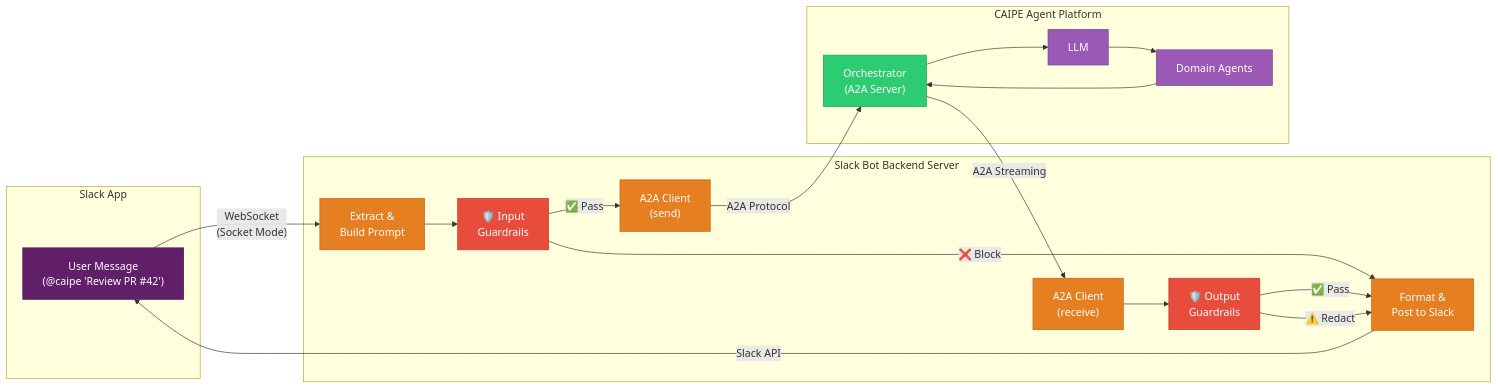
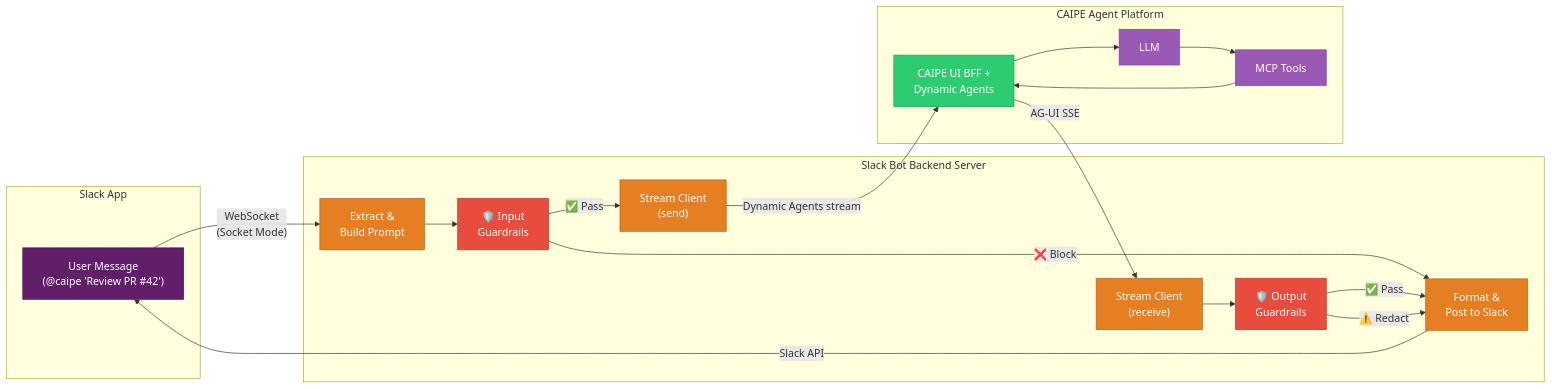
One commit to cnoe-io/ai-platform-engineering changed the first of 8 diagrams in docs/docs/architecture/slack-io-guardrails.md. Above: the diagram before and after it, drawn with Mermaid. The commit also changed other lines of this file and 252 other files, not shown here.

````diff
--- a/docs/docs/architecture/slack-io-guardrails.md
+++ b/docs/docs/architecture/slack-io-guardrails.md
@@ -11,46 +11,46 @@
 ```mermaid
 graph LR
     subgraph SLACK["Slack App"]
         USER["User Message<br/>(@caipe 'Review PR #42')"]
     end
 
     subgraph BOT["Slack Bot Backend Server"]
         EXTRACT["Extract &<br/>Build Prompt"]
         IG["🛡️ Input<br/>Guardrails"]
-        A2A_OUT["A2A Client<br/>(send)"]
-        A2A_IN["A2A Client<br/>(receive)"]
+        STREAM_OUT["Stream Client<br/>(send)"]
+        STREAM_IN["Stream Client<br/>(receive)"]
         OG["🛡️ Output<br/>Guardrails"]
         FORMAT["Format &<br/>Post to Slack"]
     end
 
     subgraph CAIPE["CAIPE Agent Platform"]
-        ORCH["Orchestrator<br/>(A2A Server)"]
+        ORCH["CAIPE UI BFF +<br/>Dynamic Agents"]
         LLM["LLM"]
-        AGENTS["Domain Agents"]
+        AGENTS["MCP Tools"]
     end
 
     USER -->|"WebSocket<br/>(Socket Mode)"| EXTRACT
     EXTRACT --> IG
-    IG -->|"✅ Pass"| A2A_OUT
+    IG -->|"✅ Pass"| STREAM_OUT
     IG -->|"❌ Block"| FORMAT
-    A2A_OUT -->|"A2A Protocol"| ORCH
+    STREAM_OUT -->|"Dynamic Agents stream"| ORCH
     ORCH --> LLM
     LLM --> AGENTS
     AGENTS --> ORCH
-    ORCH -->|"A2A Streaming"| A2A_IN
-    A2A_IN --> OG
+    ORCH -->|"AG-UI SSE"| STREAM_IN
+    STREAM_IN --> OG
     OG -->|"✅ Pass"| FORMAT
     OG -->|"⚠️ Redact"| FORMAT
     FORMAT -->|"Slack API"| USER
 
     style IG fill:#e74c3c,color:#fff,stroke:#c0392b
     style OG fill:#e74c3c,color:#fff,stroke:#c0392b
     style EXTRACT fill:#E67E22,color:#fff,stroke:#bf6516
     style FORMAT fill:#E67E22,color:#fff,stroke:#bf6516
-    style A2A_OUT fill:#E67E22,color:#fff,stroke:#bf6516
-    style A2A_IN fill:#E67E22,color:#fff,stroke:#bf6516
+    style STREAM_OUT fill:#E67E22,color:#fff,stroke:#bf6516
+    style STREAM_IN fill:#E67E22,color:#fff,stroke:#bf6516
     style USER fill:#611f69,color:#fff,stroke:#4a154b
     style ORCH fill:#2ECC71,color:#fff,stroke:#1a9c54
     style LLM fill:#9B59B6,color:#fff,stroke:#7d3c98
     style AGENTS fill:#9B59B6,color:#fff,stroke:#7d3c98
 ```
````
